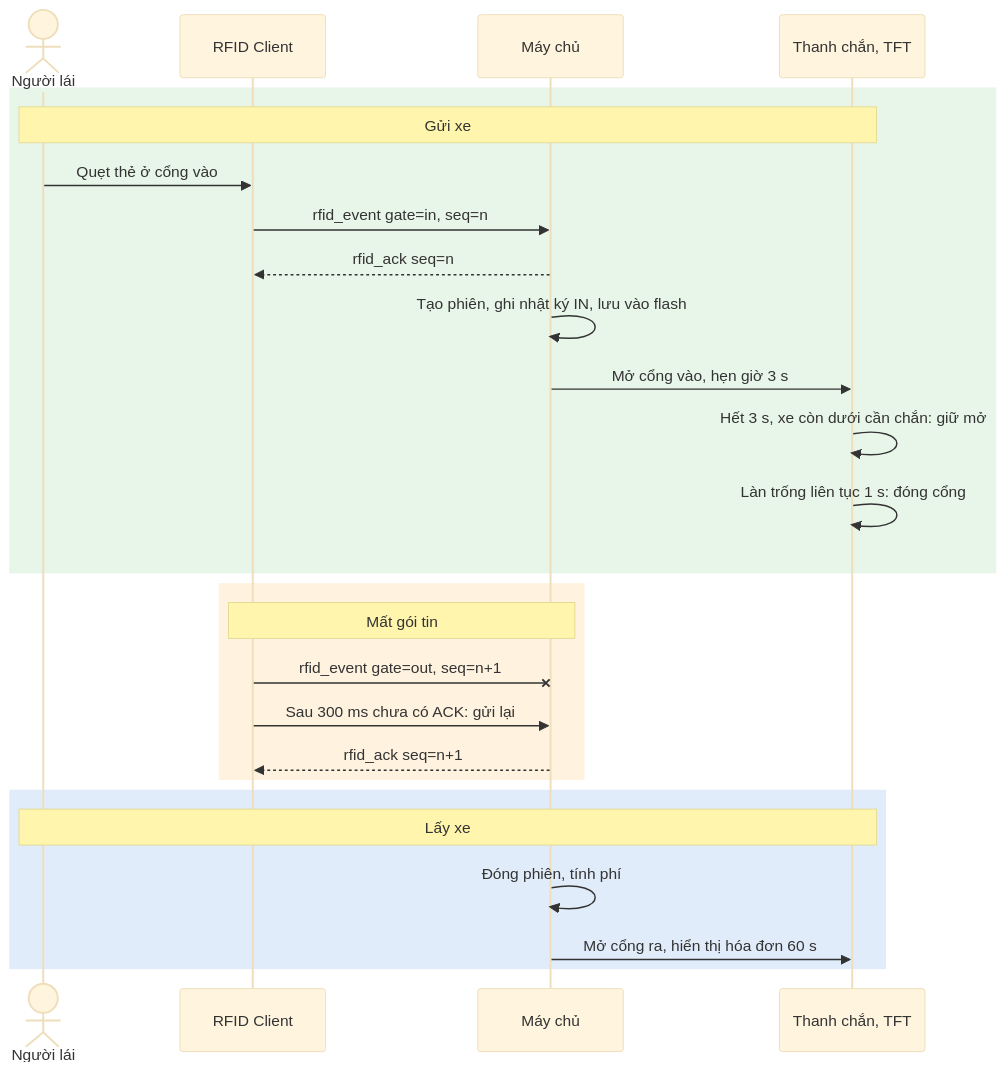
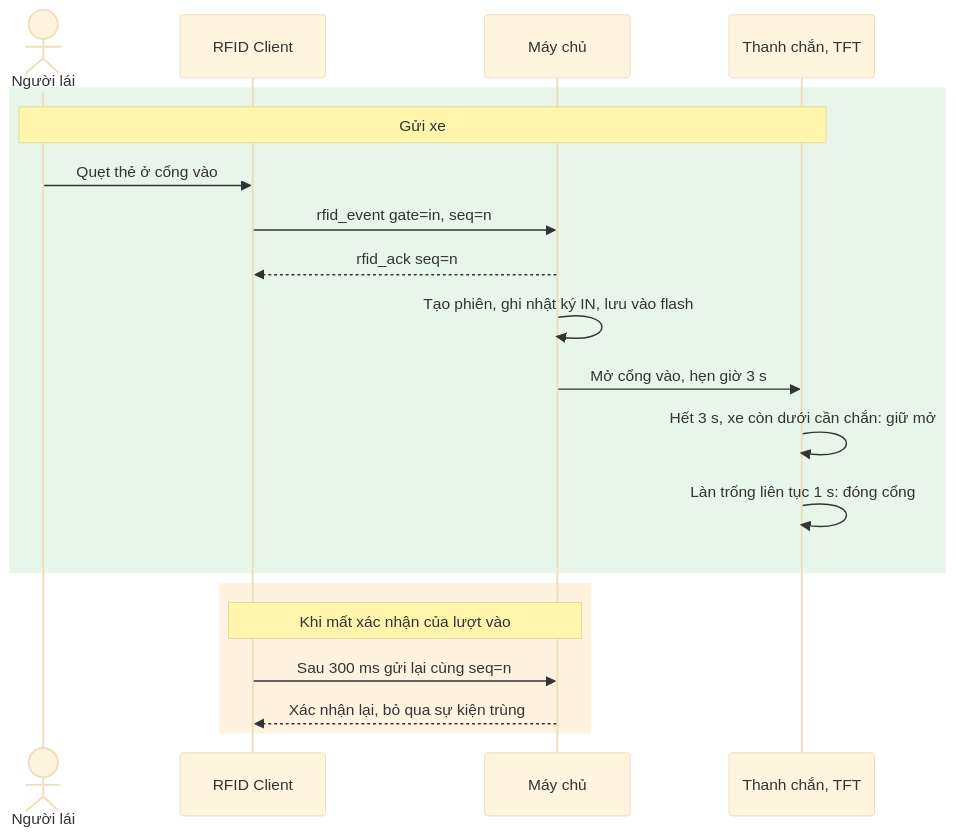
The diagram in report/diagrams/seq_rfid.mmd (thinhdinh25/INT3108_embedded-Smart-Parking-Project), drawn with Mermaid (base theme) before and after one commit. The commit also changed 17 other files, not shown here.

```diff
--- a/report/diagrams/seq_rfid.mmd
+++ b/report/diagrams/seq_rfid.mmd
@@ -1,26 +1,20 @@
 sequenceDiagram
   actor U as Người lái
   participant C as RFID Client
   participant S as Máy chủ
   participant B as Thanh chắn, TFT
   rect rgb(232, 245, 233)
   Note over U,B: Gửi xe
   U->>C: Quẹt thẻ ở cổng vào
   C->>S: rfid_event gate=in, seq=n
   S-->>C: rfid_ack seq=n
   S->>S: Tạo phiên, ghi nhật ký IN, lưu vào flash
   S->>B: Mở cổng vào, hẹn giờ 3 s
   B->>B: Hết 3 s, xe còn dưới cần chắn: giữ mở
   B->>B: Làn trống liên tục 1 s: đóng cổng
   end
   rect rgb(255, 243, 224)
-  Note over C,S: Mất gói tin
-  C-xS: rfid_event gate=out, seq=n+1
-  C->>S: Sau 300 ms chưa có ACK: gửi lại
-  S-->>C: rfid_ack seq=n+1
+  Note over C,S: Khi mất xác nhận của lượt vào
+  C->>S: Sau 300 ms gửi lại cùng seq=n
+  S-->>C: Xác nhận lại, bỏ qua sự kiện trùng
   end
-  rect rgb(225, 236, 250)
-  Note over U,B: Lấy xe
-  S->>S: Đóng phiên, tính phí
-  S->>B: Mở cổng ra, hiển thị hóa đơn 60 s
-  end
```
